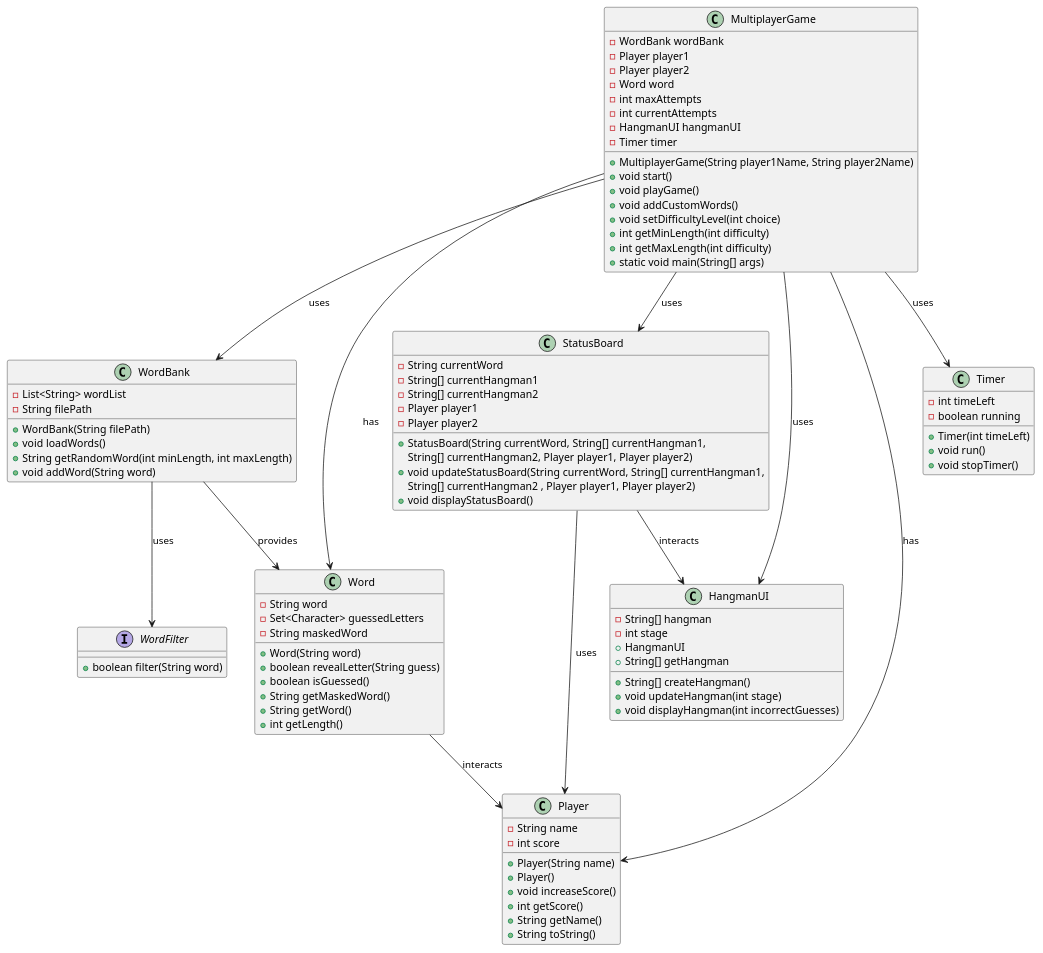
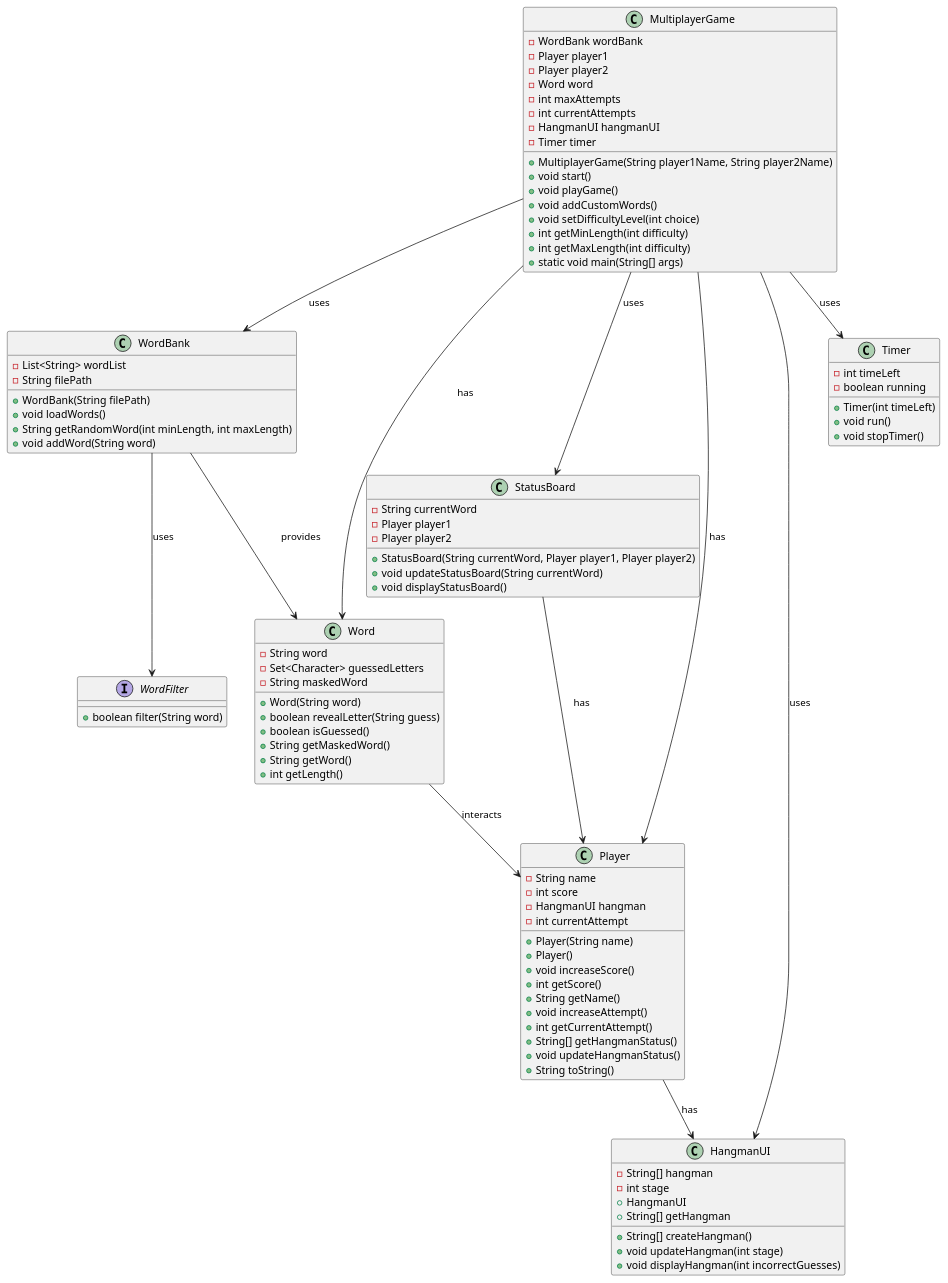
One commit to dci-fbw-j-24-e02/The-Competition-Project1 changed the diagram in ClassDiagram.puml. Above: the diagram before and after it, drawn with PlantUML.

Commit message:
Updated diagram

```diff
--- a/ClassDiagram.puml
+++ b/ClassDiagram.puml
@@ -1,100 +1,103 @@
 @startuml
 
 class WordBank {
     - List<String> wordList
     - String filePath
     + WordBank(String filePath)
     + void loadWords()
     + String getRandomWord(int minLength, int maxLength)
     + void addWord(String word)
 }
 
 interface WordFilter{
     + boolean filter(String word)
 }
 
 class Player {
     - String name
     - int score
+    - HangmanUI hangman
+    - int currentAttempt
     + Player(String name)
     + Player()
     + void increaseScore()
     + int getScore()
     + String getName()
+    + void increaseAttempt()
+    + int getCurrentAttempt()
+    + String[] getHangmanStatus()
+    + void updateHangmanStatus()
     + String toString()
 }
 
 class Word {
     - String word
     - Set<Character> guessedLetters
     - String maskedWord
     + Word(String word)
     + boolean revealLetter(String guess)
     + boolean isGuessed()
     + String getMaskedWord()
     + String getWord()
     + int getLength()
 }
 class StatusBoard {
     - String currentWord
-    - String[] currentHangman1
-    - String[] currentHangman2
     - Player player1
     - Player player2
-    + StatusBoard(String currentWord, String[] currentHangman1,
-    String[] currentHangman2, Player player1, Player player2)
-    + void updateStatusBoard(String currentWord, String[] currentHangman1,
-    String[] currentHangman2 , Player player1, Player player2)
+    + StatusBoard(String currentWord, Player player1, Player player2)
+    + void updateStatusBoard(String currentWord)
     + void displayStatusBoard()
 }
 
 class HangmanUI {
     - String[] hangman
     - int stage
     + HangmanUI
     + String[] createHangman()
     + void updateHangman(int stage)
     + void displayHangman(int incorrectGuesses)
     + String[] getHangman
 }
 
 class Timer {
     - int timeLeft
     - boolean running
     + Timer(int timeLeft)
     + void run()
     + void stopTimer()
 }
 
 class MultiplayerGame {
     - WordBank wordBank
     - Player player1
     - Player player2
     - Word word
     - int maxAttempts
     - int currentAttempts
     - HangmanUI hangmanUI
     - Timer timer
     + MultiplayerGame(String player1Name, String player2Name)
     + void start()
     + void playGame()
     + void addCustomWords()
     + void setDifficultyLevel(int choice)
     + int getMinLength(int difficulty)
     + int getMaxLength(int difficulty)
     + static void main(String[] args)
 }
 
 MultiplayerGame --> WordBank : uses
 MultiplayerGame --> Player : has
 MultiplayerGame --> Word : has
 MultiplayerGame --> HangmanUI : uses
 MultiplayerGame --> Timer : uses
 WordBank --> WordFilter : uses
 WordBank --> Word : provides
 Word --> Player : interacts
 MultiplayerGame --> StatusBoard : uses
-StatusBoard --> Player : uses
-StatusBoard --> HangmanUI : interacts
+StatusBoard --> Player : has
+Player --> HangmanUI : has
+
 
 @enduml
```
